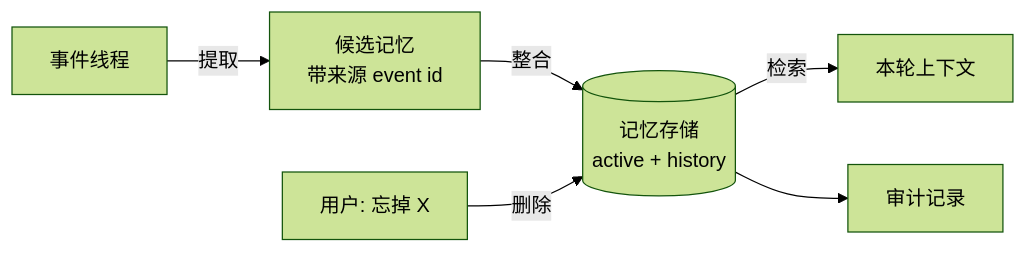
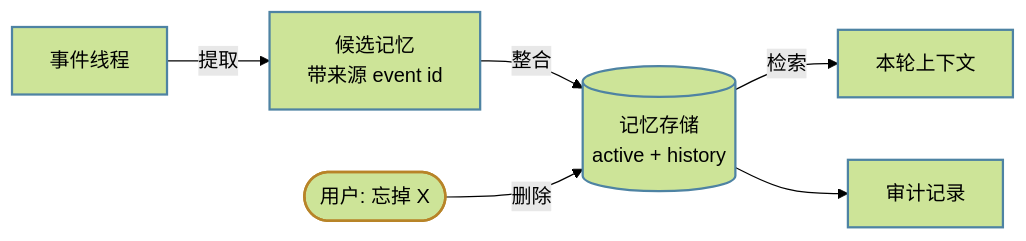
Before and after one commit to lance2016/ai-app-engineering: the diagram in lessons/memory/README.md, drawn with Mermaid (forest theme). The commit also changed 21 other files, not shown here.

````diff
--- a/lessons/memory/README.md
+++ b/lessons/memory/README.md
@@ -40,8 +40,12 @@
 ```mermaid
 flowchart LR
+    classDef data stroke:#4e83a3,stroke-width:1.8px
+    classDef human stroke:#b88428,stroke-width:2px
     T[事件线程] -->|提取| C[候选记忆<br/>带来源 event id]
     C -->|整合| S[(记忆存储<br/>active + history)]
     S -->|检索| X[本轮上下文]
-    U[用户: 忘掉 X] -->|删除| S
+    U([用户: 忘掉 X]) -->|删除| S
     S --> A[审计记录]
+    class T,C,S,X,A data
+    class U human
 ```
````
